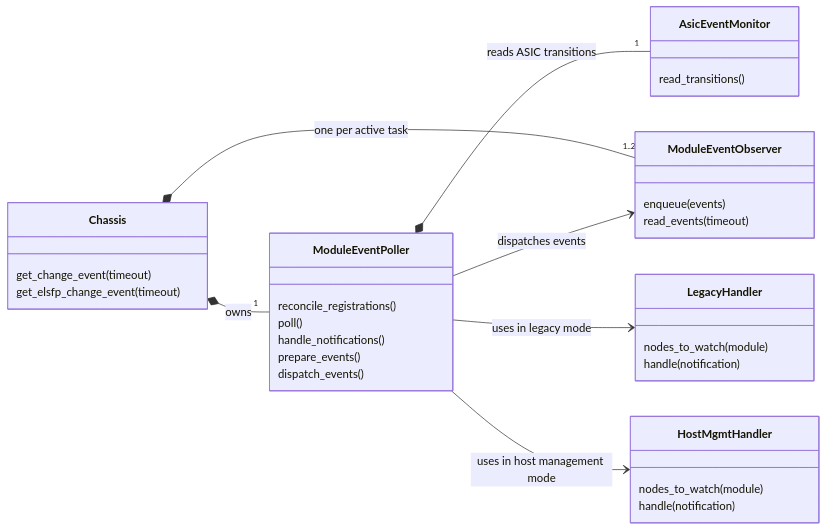
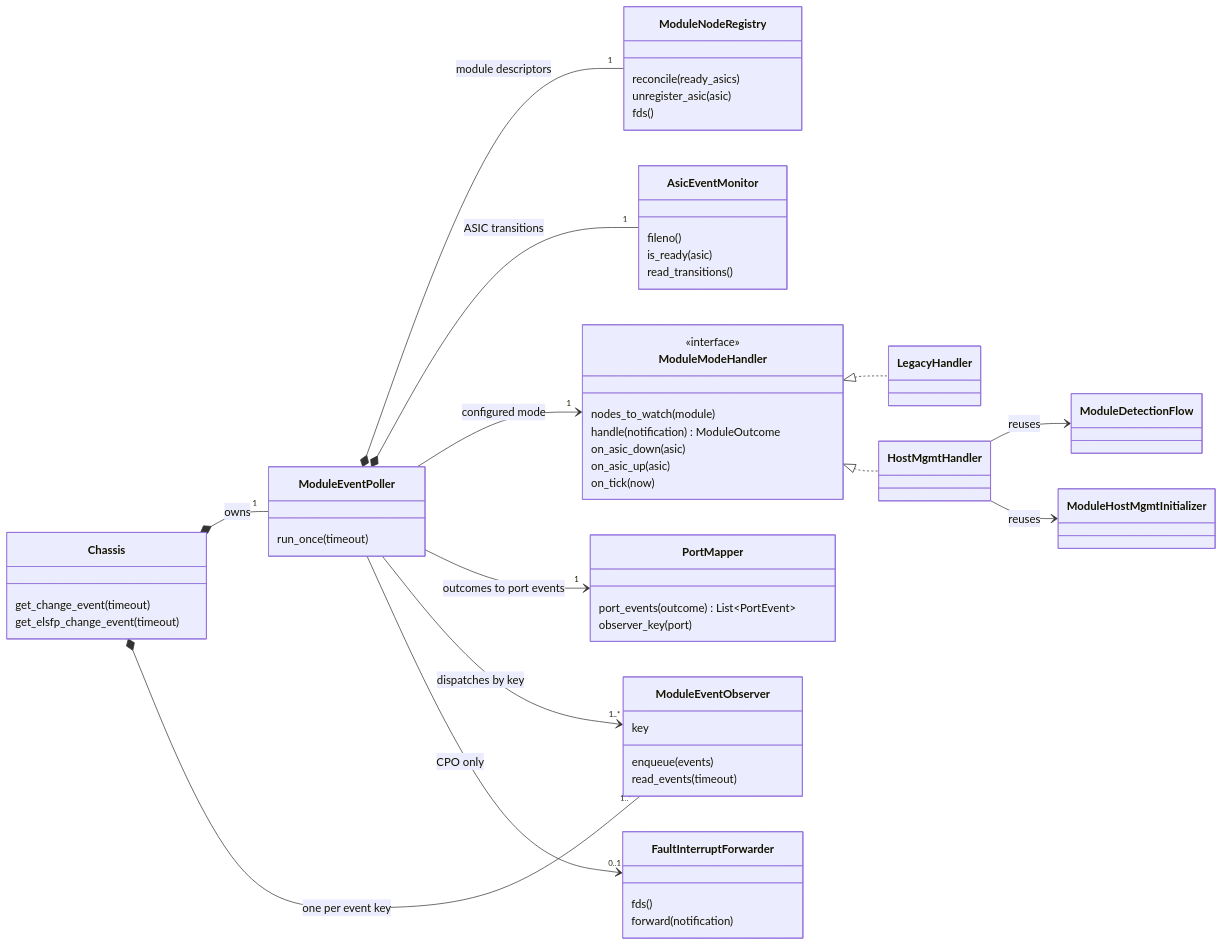
The fourth of 5 diagrams in doc/module-change-event-refactor/module-change-event-refactor-hld.md (sonic-net/SONiC), drawn with Mermaid before and after one commit. The commit also changed other lines of this file, not shown here.

First line of the commit message:
doc: Define module event handler interface and port mapping

````diff
--- a/doc/module-change-event-refactor/module-change-event-refactor-hld.md
+++ b/doc/module-change-event-refactor/module-change-event-refactor-hld.md
@@ -176,36 +177,58 @@
 ```mermaid
 classDiagram
     direction LR
     class Chassis {
         get_change_event(timeout)
         get_elsfp_change_event(timeout)
     }
     class ModuleEventPoller {
-        reconcile_registrations()
-        poll()
-        handle_notifications()
-        prepare_events()
-        dispatch_events()
+        run_once(timeout)
+    }
+    class ModuleNodeRegistry {
+        reconcile(ready_asics)
+        unregister_asic(asic)
+        fds()
+    }
+    class AsicEventMonitor {
+        fileno()
+        is_ready(asic)
+        read_transitions()
+    }
+    class ModuleModeHandler {
+        <<interface>>
+        nodes_to_watch(module)
+        handle(notification) ModuleOutcome
+        on_asic_down(asic)
+        on_asic_up(asic)
+        on_tick(now)
+    }
+    class LegacyHandler
+    class HostMgmtHandler
+    class PortMapper {
+        port_events(outcome) List~PortEvent~
+        observer_key(port)
     }
     class ModuleEventObserver {
+        key
         enqueue(events)
         read_events(timeout)
     }
-    class AsicEventMonitor {
-        read_transitions()
+    class FaultInterruptForwarder {
+        fds()
+        forward(notification)
     }
-    class LegacyHandler {
-        nodes_to_watch(module)
-        handle(notification)
-    }
-    class HostMgmtHandler {
-        nodes_to_watch(module)
-        handle(notification)
-    }
+    class ModuleDetectionFlow
+    class ModuleHostMgmtInitializer
     Chassis *-- "1" ModuleEventPoller : owns
-    Chassis *-- "1..2" ModuleEventObserver : one per active task
-    ModuleEventPoller *-- "1" AsicEventMonitor : reads ASIC transitions
-    ModuleEventPoller --> ModuleEventObserver : dispatches events
-    ModuleEventPoller --> LegacyHandler : uses in legacy mode
-    ModuleEventPoller --> HostMgmtHandler : uses in host management mode
+    Chassis *-- "1..*" ModuleEventObserver : one per event key
+    ModuleEventPoller *-- "1" ModuleNodeRegistry : module descriptors
+    ModuleEventPoller *-- "1" AsicEventMonitor : ASIC transitions
+    ModuleEventPoller --> "1" ModuleModeHandler : configured mode
+    ModuleEventPoller --> "1" PortMapper : outcomes to port events
+    ModuleEventPoller --> "1..*" ModuleEventObserver : dispatches by key
+    ModuleEventPoller --> "0..1" FaultInterruptForwarder : CPO only
+    ModuleModeHandler <|.. LegacyHandler
+    ModuleModeHandler <|.. HostMgmtHandler
+    HostMgmtHandler --> ModuleDetectionFlow : reuses
+    HostMgmtHandler --> ModuleHostMgmtInitializer : reuses
 ```
````
